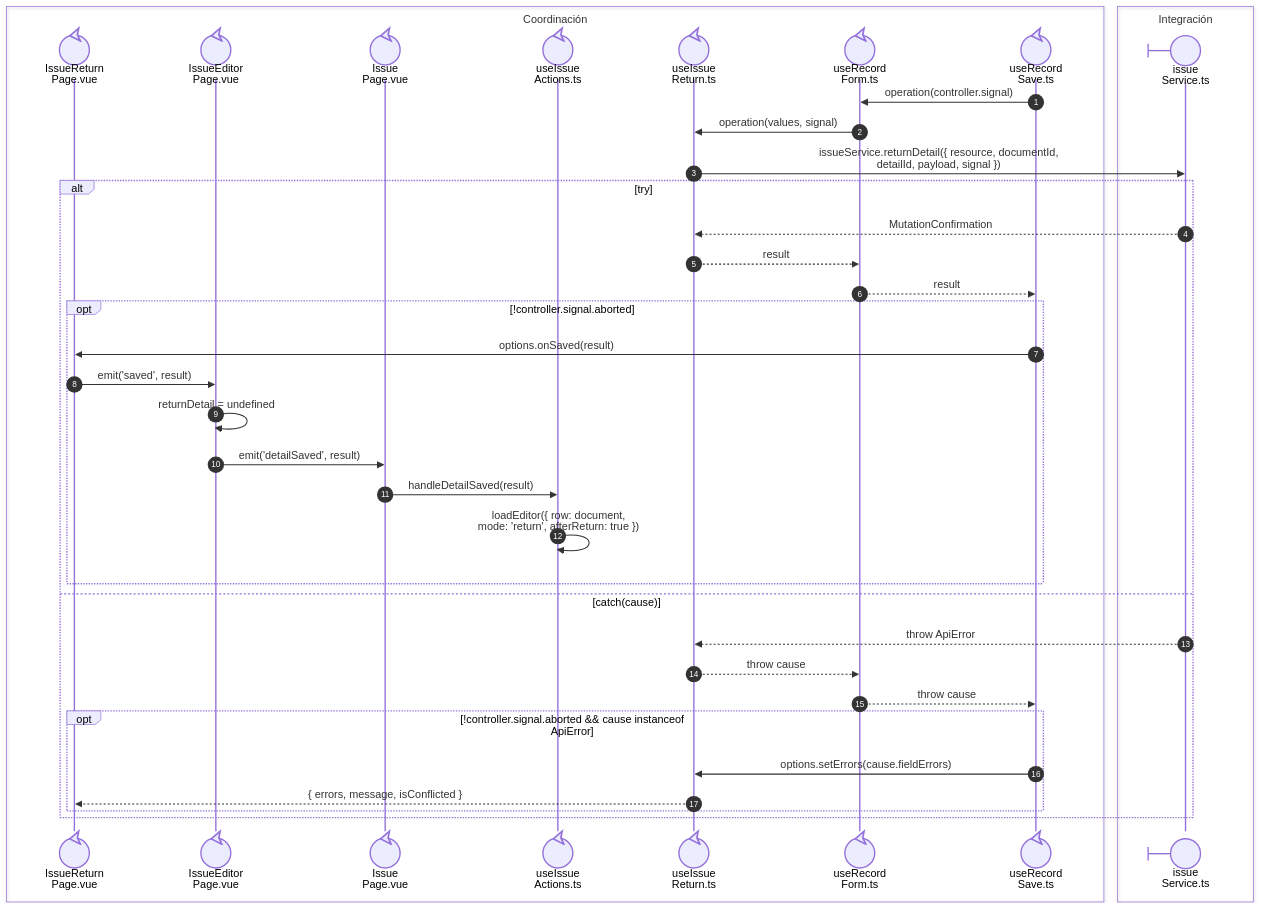
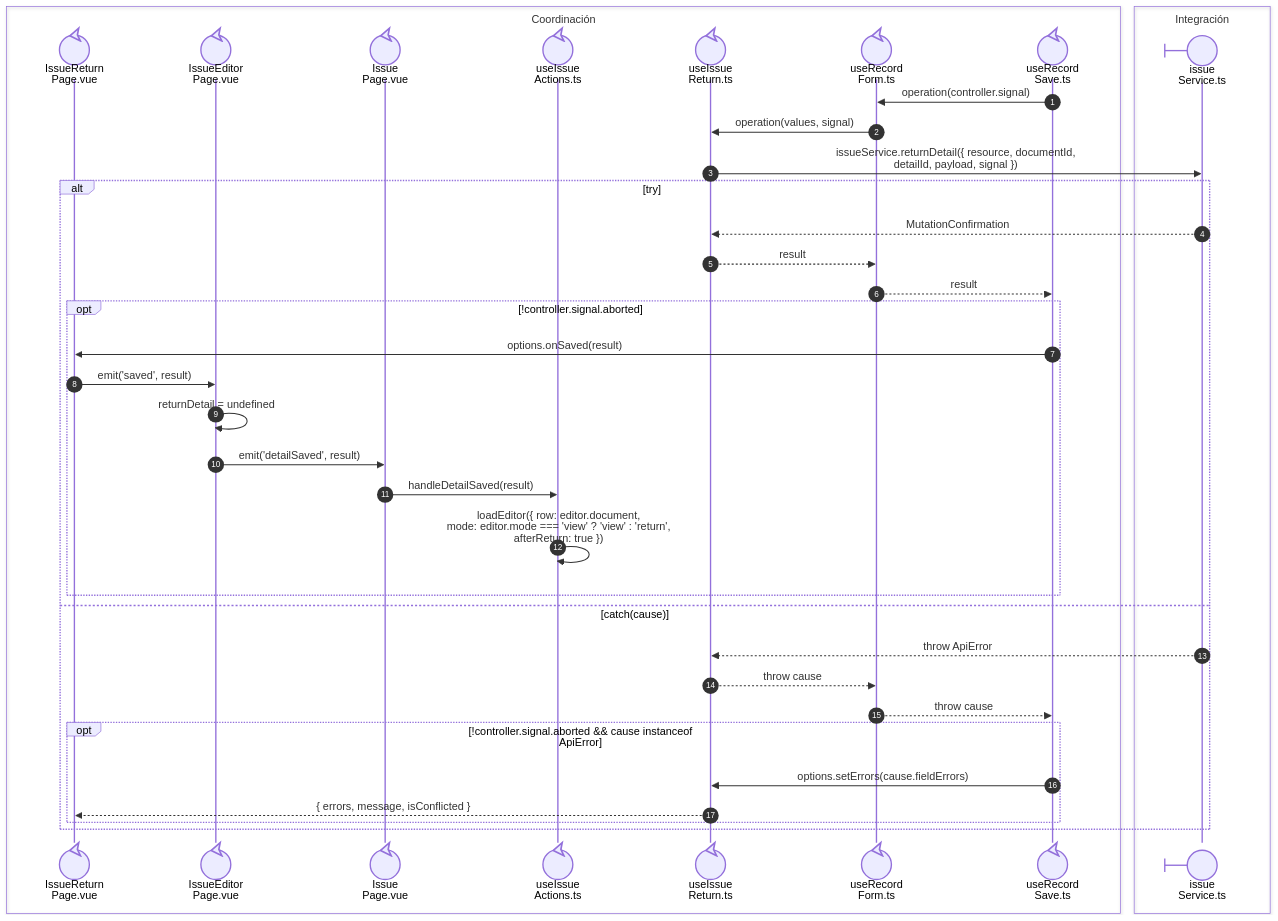
The second of 2 diagrams in front/docs/architecture/views/processes/07-issues/03-issue-return.md (gpgsistemas01/nexus), drawn with Mermaid before and after one commit. The commit also changed other lines of this file and 42 other files, not shown here.

````diff
--- a/front/docs/architecture/views/processes/07-issues/03-issue-return.md
+++ b/front/docs/architecture/views/processes/07-issues/03-issue-return.md
@@ -41,40 +41,40 @@
 ```mermaid
 sequenceDiagram
     autonumber
     box Coordinación
     participant Page@{ "type": "control" } as IssueReturn<br/>Page.vue
     participant Parent@{ "type": "control" } as IssueEditor<br/>Page.vue
     participant Screen@{ "type": "control" } as Issue<br/>Page.vue
     participant Actions@{ "type": "control" } as useIssue<br/>Actions.ts
     participant Return@{ "type": "control" } as useIssue<br/>Return.ts
     participant Record@{ "type": "control" } as useRecord<br/>Form.ts
     participant Save@{ "type": "control" } as useRecord<br/>Save.ts
     end
     box Integración
     participant Service@{ "type": "boundary" } as issue<br/>Service.ts
     end
     Save->>Record: nowrap: operation(controller.signal)
     Record->>Return: nowrap: operation(values, signal)
     Return->>Service: nowrap: issueService.returnDetail({ resource, documentId,<br/>detailId, payload, signal })
     alt nowrap: try
         Service-->>Return: nowrap: MutationConfirmation
         Return-->>Record: nowrap: result
         Record-->>Save: nowrap: result
         opt nowrap: !controller.signal.aborted
             Save->>Page: nowrap: options.onSaved(result)
             Page->>Parent: nowrap: emit('saved', result)
             Parent->>Parent: nowrap: returnDetail = undefined
             Parent->>Screen: nowrap: emit('detailSaved', result)
             Screen->>Actions: nowrap: handleDetailSaved(result)
-            Actions->>Actions: nowrap: loadEditor({ row: document,<br/>mode: 'return', afterReturn: true })
+            Actions->>Actions: nowrap: loadEditor({ row: editor.document,<br/>mode: editor.mode === 'view' ? 'view' : 'return',<br/>afterReturn: true })
         end
     else nowrap: catch(cause)
         Service-->>Return: nowrap: throw ApiError
         Return-->>Record: nowrap: throw cause
         Record-->>Save: nowrap: throw cause
         opt nowrap: !controller.signal.aborted && cause instanceof<br/>ApiError
             Save->>Return: nowrap: options.setErrors(cause.fieldErrors)
             Return-->>Page: nowrap: { errors, message, isConflicted }
         end
     end
 ```
````
